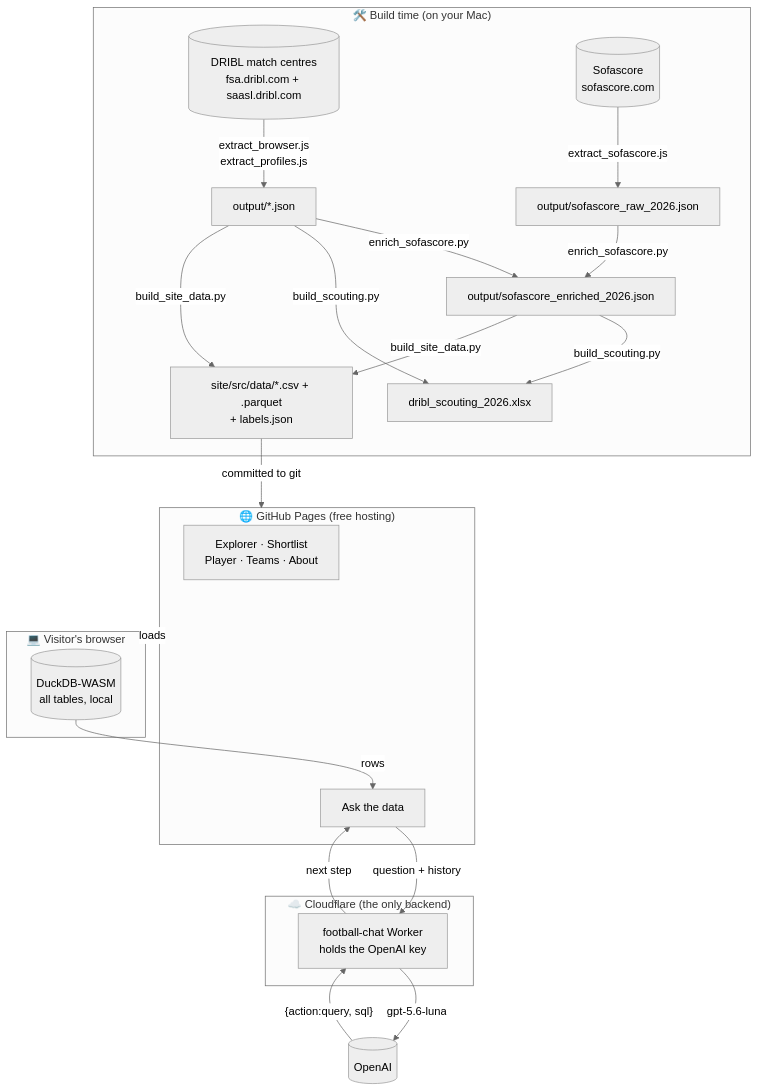
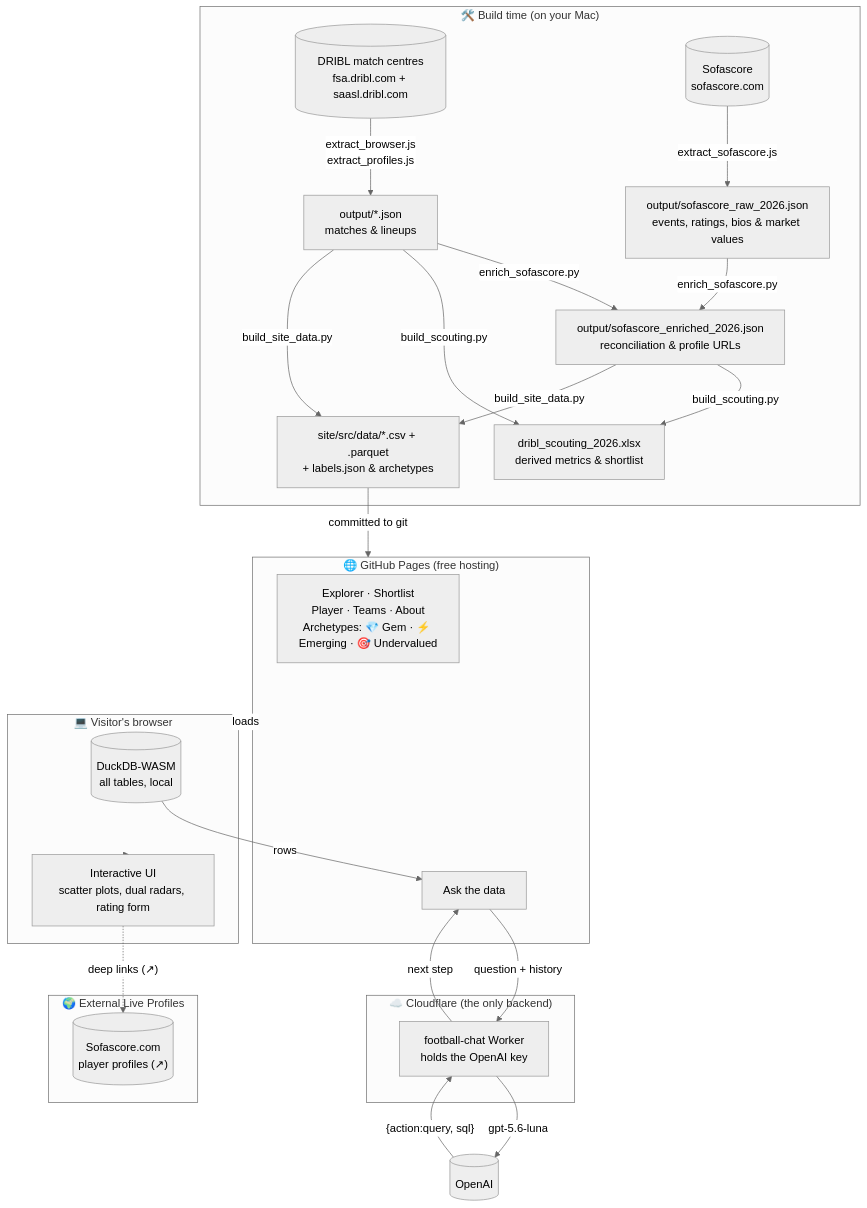
One commit to Satpat/football-scouting changed the first of 2 diagrams in ARCHITECTURE.md. Above: the diagram before and after it, drawn with Mermaid (neutral theme). The commit also changed other lines of this file, not shown here.

Commit message:
docs: update ARCHITECTURE.md with Sofascore deep links, market values, and archetypes

````diff
--- a/ARCHITECTURE.md
+++ b/ARCHITECTURE.md
@@ -33,31 +33,38 @@
 ```mermaid
 flowchart TB
     subgraph build["🛠️ Build time (on your Mac)"]
-        dribl[("DRIBL match centres<br/>fsa.dribl.com + saasl.dribl.com")] -->|extract_browser.js<br/>extract_profiles.js| dumps[output/*.json]
-        sofa[("Sofascore<br/>sofascore.com")] -->|extract_sofascore.js| sofadumps[output/sofascore_raw_2026.json]
-        dumps & sofadumps -->|enrich_sofascore.py| enriched[output/sofascore_enriched_2026.json]
-        dumps & enriched -->|build_scouting.py| workbook[dribl_scouting_2026.xlsx]
-        dumps & enriched -->|build_site_data.py| sitedata[site/src/data/*.csv + .parquet<br/>+ labels.json]
+        dribl[("DRIBL match centres<br/>fsa.dribl.com + saasl.dribl.com")] -->|extract_browser.js<br/>extract_profiles.js| dumps["output/*.json<br/>matches & lineups"]
+        sofa[("Sofascore<br/>sofascore.com")] -->|extract_sofascore.js| sofadumps["output/sofascore_raw_2026.json<br/>events, ratings, bios & market values"]
+        dumps & sofadumps -->|enrich_sofascore.py| enriched["output/sofascore_enriched_2026.json<br/>reconciliation & profile URLs"]
+        dumps & enriched -->|build_scouting.py| workbook["dribl_scouting_2026.xlsx<br/>derived metrics & shortlist"]
+        dumps & enriched -->|build_site_data.py| sitedata["site/src/data/*.csv + .parquet<br/>+ labels.json & archetypes"]
     end
 
     subgraph pages["🌐 GitHub Pages (free hosting)"]
-        explorer["Explorer · Shortlist<br/>Player · Teams · About"]
+        explorer["Explorer · Shortlist<br/>Player · Teams · About<br/>Archetypes: 💎 Gem · ⚡ Emerging · 🎯 Undervalued"]
         chat["Ask the data"]
     end
 
     subgraph browser["💻 Visitor's browser"]
         duck[("DuckDB-WASM<br/>all tables, local")]
+        ui["Interactive UI<br/>scatter plots, dual radars, rating form"]
     end
 
     subgraph cloud["☁️ Cloudflare (the only backend)"]
         worker["football-chat Worker<br/>holds the OpenAI key"]
     end
 
+    subgraph external["🌍 External Live Profiles"]
+        sofalive[("Sofascore.com<br/>player profiles (↗)")]
+    end
+
     sitedata -->|committed to git| pages
     pages -->|loads| browser
+    browser --> ui
+    ui -.->|"deep links (↗)"| sofalive
     chat -->|"question + history"| worker
     worker -->|gpt-5.6-luna| openai[("OpenAI")]
     openai -->|"{action:query, sql}"| worker
     worker -->|next step| chat
     duck -->|rows| chat
 ```
````
